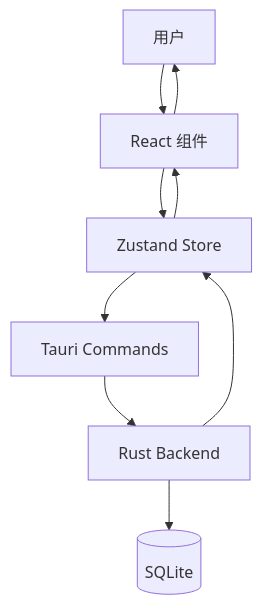
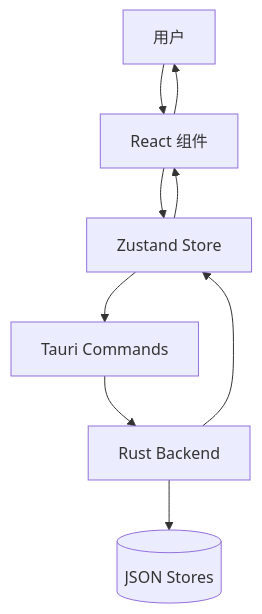
The diagram in docs/developer-guide/architecture/data-flow.md (AstroAir/skymap-test), drawn with Mermaid before and after one commit. The commit also changed other lines of this file and 12 other files, not shown here.

````diff
--- a/docs/developer-guide/architecture/data-flow.md
+++ b/docs/developer-guide/architecture/data-flow.md
@@ -7,12 +7,12 @@
 ```mermaid
 graph TD
     U[用户] --> C[React 组件]
     C --> S[Zustand Store]
     S --> T[Tauri Commands]
     T --> B[Rust Backend]
-    B --> D[(SQLite)]
+    B --> D[(JSON Stores)]
     
     B --> S
     S --> C
     C --> U
 ```
````
